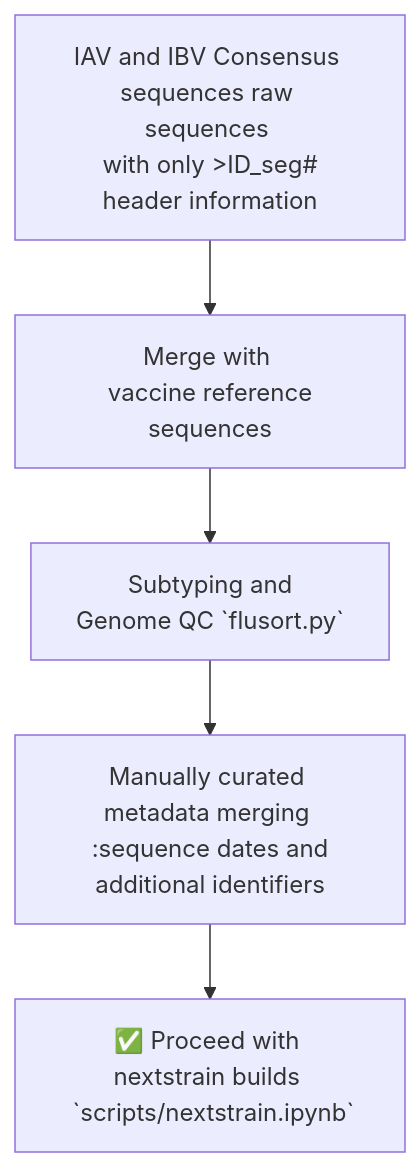
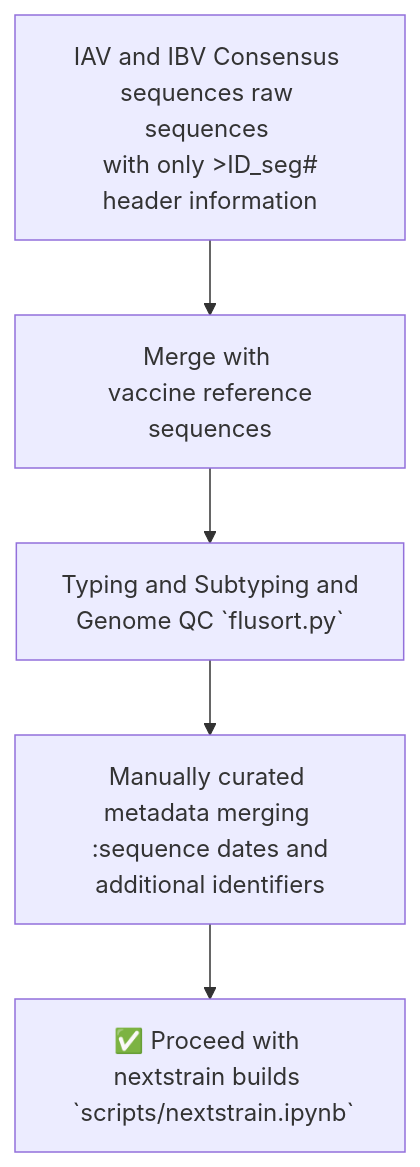
The diagram in seasonal-flu/README.md (Pekosz-Lab/nextstrain), drawn with Mermaid before and after one commit. The commit also changed other lines of this file and 15 other files, not shown here.

````diff
--- a/seasonal-flu/README.md
+++ b/seasonal-flu/README.md
@@ -14,15 +14,15 @@
 ```mermaid
 graph TD
 
   A[IAV and IBV Consensus sequences raw sequences \n with only >ID_seg# header information]
   B[Merge with \n vaccine reference sequences]
-  C[Subtyping and \n Genome QC `flusort.py`]
+  C[Typing and Subtyping and \n Genome QC `flusort.py`]
   D[Manually curated metadata merging \n :sequence dates and additional identifiers]
   E[✅ Proceed with nextstrain builds \n `scripts/nextstrain.ipynb`]
 
   A --> B
   B --> C
   C --> D
   D --> E
 
 ```
````
